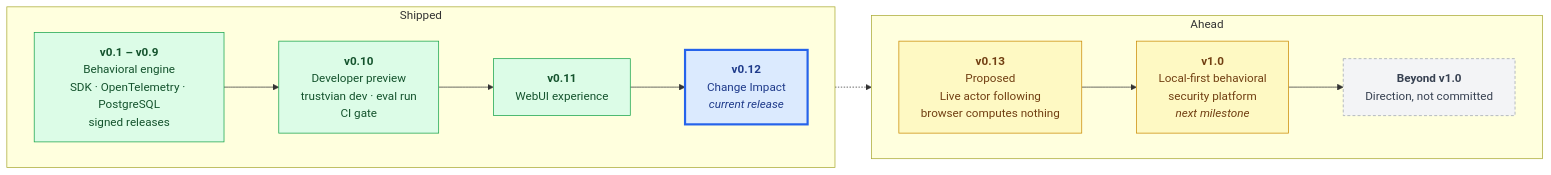
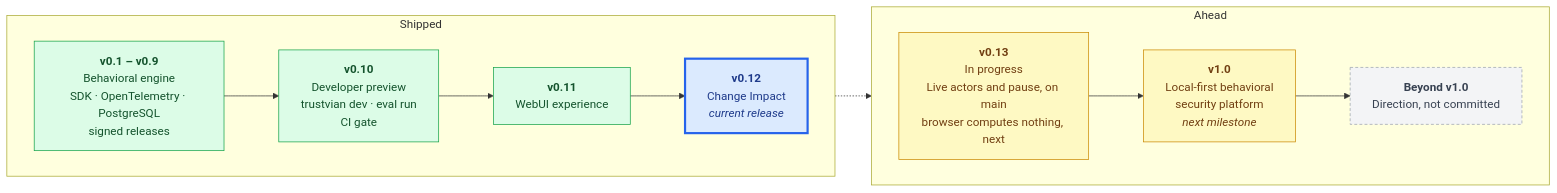
One commit to trustvian/trustvian changed the second of 2 diagrams in README.md. Above: the diagram before and after it, drawn with Mermaid. The commit also changed other lines of this file and 31 other files, not shown here.

First line of the commit message:
feat(platform): follow one actor and pause the Live view (#181)

````diff
--- a/README.md
+++ b/README.md
@@ -726,30 +726,30 @@
 ```mermaid
 flowchart LR
     subgraph done["Shipped"]
         direction LR
         engine["<b>v0.1 – v0.9</b><br/>Behavioral engine<br/>SDK · OpenTelemetry · PostgreSQL<br/>signed releases"]
         preview["<b>v0.10</b><br/>Developer preview<br/>trustvian dev · eval run<br/>CI gate"]
         webui["<b>v0.11</b><br/>WebUI experience"]
         impact["<b>v0.12</b><br/>Change Impact<br/><i>current release</i>"]
         engine --> preview --> webui --> impact
     end
 
     subgraph ahead["Ahead"]
         direction LR
-        next["<b>v0.13</b><br/>Proposed<br/>Live actor following<br/>browser computes nothing"]
+        next["<b>v0.13</b><br/>In progress<br/>Live actors and pause, on main<br/>browser computes nothing, next"]
         v1["<b>v1.0</b><br/>Local-first behavioral<br/>security platform<br/><i>next milestone</i>"]
         beyond["<b>Beyond v1.0</b><br/>Direction, not committed"]
         next --> v1 --> beyond
     end
 
     impact -.-> next
 
     classDef shipped fill:#dcfce7,stroke:#16a34a,color:#14532d
     classDef current fill:#dbeafe,stroke:#2563eb,stroke-width:3px,color:#1e3a8a
     classDef planned fill:#fef9c3,stroke:#ca8a04,color:#713f12
     classDef future fill:#f3f4f6,stroke:#9ca3af,stroke-dasharray:4 3,color:#374151
     class engine,preview,webui shipped
     class impact current
     class next,v1 planned
     class beyond future
 ```
````
